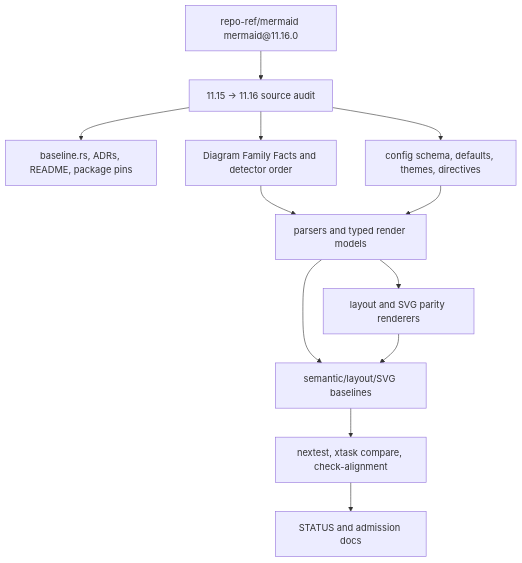
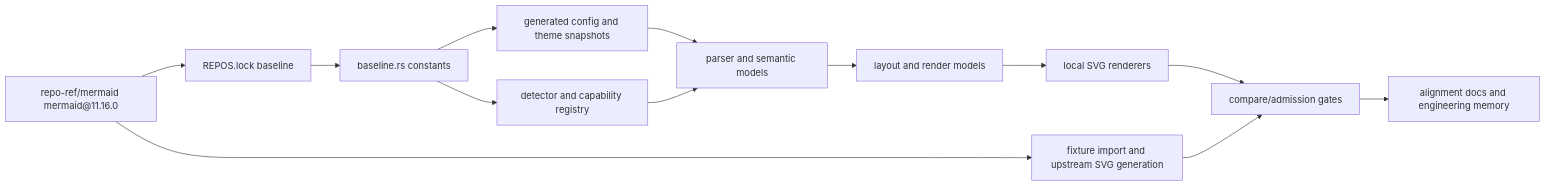
One commit to Latias94/merman changed the diagram in docs/plans/2026-07-09-002-refactor-mermaid-11-16-parity-plan.md. Above: the diagram before and after it, drawn with Mermaid. The commit also changed other lines of this file and 14 other files, not shown here.

Commit message:
refactor: pin mermaid 11.16 baseline

````diff
--- a/docs/plans/2026-07-09-002-refactor-mermaid-11-16-parity-plan.md
+++ b/docs/plans/2026-07-09-002-refactor-mermaid-11-16-parity-plan.md
@@ -161,25 +148,15 @@
 ```mermaid
-flowchart TB
-  Upstream["repo-ref/mermaid mermaid@11.16.0"]
-  Diff["11.15 -> 11.16 source audit"]
-  Baseline["baseline.rs, ADRs, README, package pins"]
-  Registry["Diagram Family Facts and detector order"]
-  Config["config schema, defaults, themes, directives"]
-  Core["parsers and typed render models"]
-  Render["layout and SVG parity renderers"]
-  Fixtures["semantic/layout/SVG baselines"]
-  Gates["nextest, xtask compare, check-alignment"]
-  Docs["STATUS and admission docs"]
-
-  Upstream --> Diff
-  Diff --> Baseline
-  Diff --> Registry
-  Diff --> Config
-  Registry --> Core
-  Config --> Core
-  Core --> Render
-  Core --> Fixtures
-  Render --> Fixtures
-  Fixtures --> Gates
-  Gates --> Docs
+flowchart LR
+    A[repo-ref/mermaid mermaid@11.16.0] --> B[REPOS.lock baseline]
+    B --> C[baseline.rs constants]
+    C --> D[generated config and theme snapshots]
+    C --> E[detector and capability registry]
+    D --> F[parser and semantic models]
+    E --> F
+    F --> G[layout and render models]
+    G --> H[local SVG renderers]
+    A --> I[fixture import and upstream SVG generation]
+    H --> J[compare/admission gates]
+    I --> J
+    J --> K[alignment docs and engineering memory]
 ```
````
